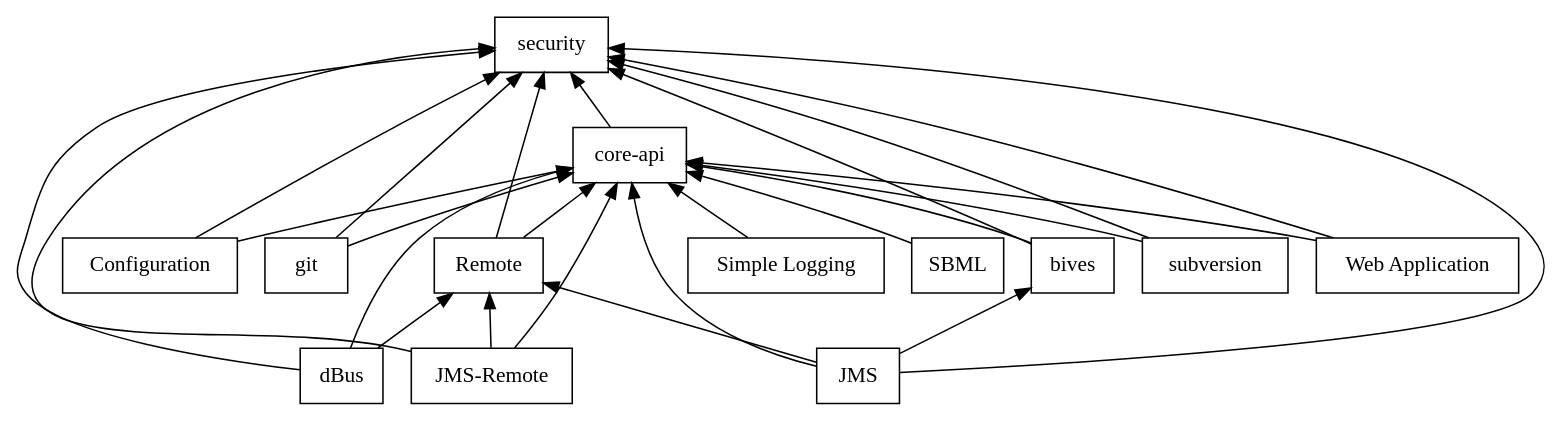
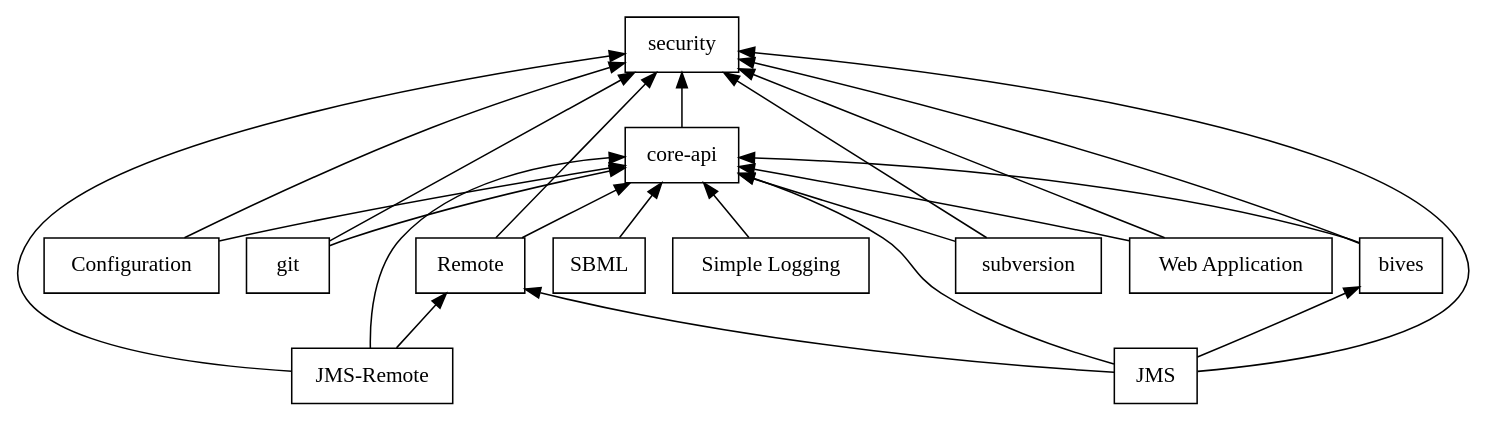
Before and after one commit to rfaelens/jummp: the diagram in documentation/plugin-dependency.dot, drawn with Graphviz. The commit also changed 86 other files, not shown here.

```diff
--- a/documentation/plugin-dependency.dot
+++ b/documentation/plugin-dependency.dot
@@ -1,58 +1,53 @@
 digraph PluginDependencies {
 rankdir=BT;
 
     node [shape=box];
     color=white;
 
     // without dependencies
     "security" [label=security];
 
     // plugins depending security
     "coreApi"[label="core-api"];
     "coreApi" -> "security";
 
     // plugins depending core-api
     "simpleLogging" [label="Simple Logging"];
     "sbml" [label="SBML"];
     "sbml" -> "coreApi";
     "simpleLogging" -> "coreApi";
 
     // plugins depending core-api and security
     "conf" [label="Configuration"];
     "remote" [label="Remote"];
     "git" [label="git"];
     "svn" [label="subversion"];
     "bives" [label=bives];
     "webapp" [label="Web Application"];
     "conf" -> "coreApi";
     "conf" -> "security";
     "remote" -> "coreApi";
     "remote" -> "security";
     "git" -> "coreApi";
     "git" -> "security";
     "svn" -> "coreApi";
     "svn" -> "security";
     "bives" -> "coreApi";
     "bives" -> "security";
     "webapp" -> "coreApi";
     "webapp" -> "security";
 
     // plugins depending core-api, security and remote
-    "dbus" [label=dBus];
     "jmsRemote" [label="JMS-Remote"];
 
-    "dbus" -> "coreApi";
-    "dbus" -> "security";
-    "dbus" -> "remote";
     "jmsRemote" -> "coreApi";
     "jmsRemote" -> "security";
     "jmsRemote" -> "remote";
 
     // plugins depending core-api, security, remote and bives
     "jms" [label=JMS];
     "jms" -> "coreApi";
     "jms" -> "security";
     "jms" -> "remote";
     "jms" -> "bives";
-    
 }
```
